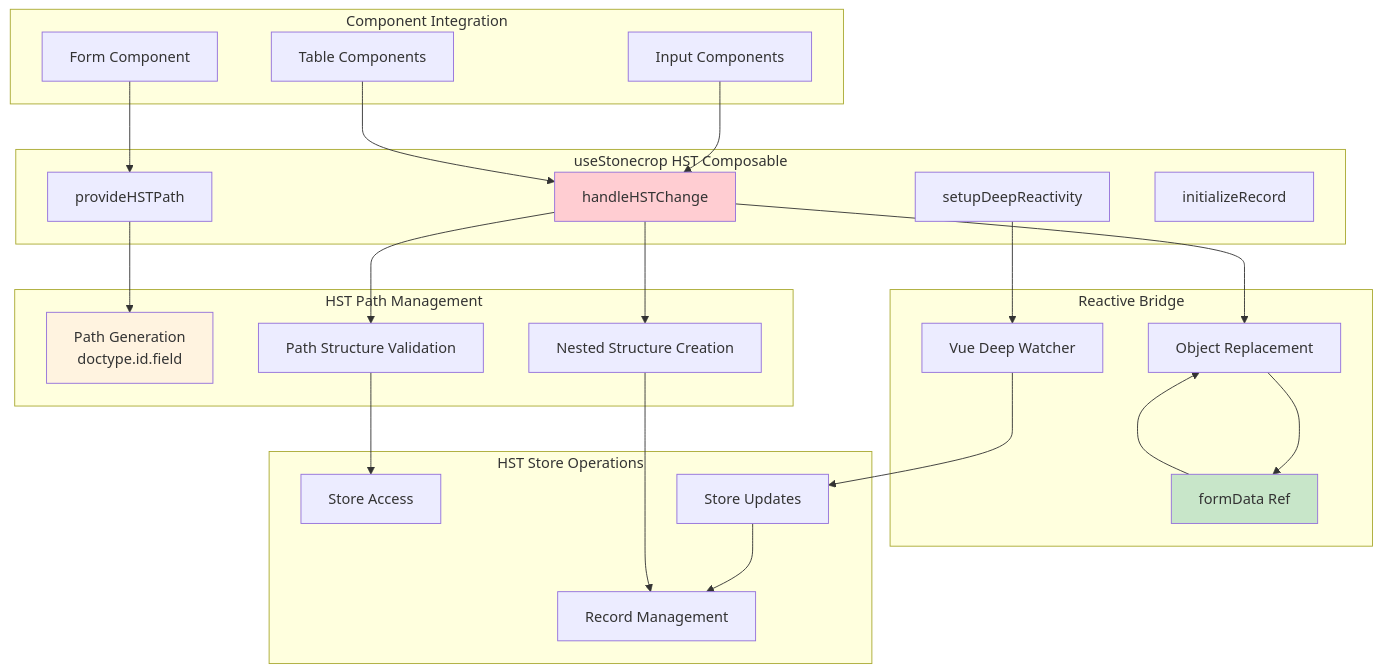
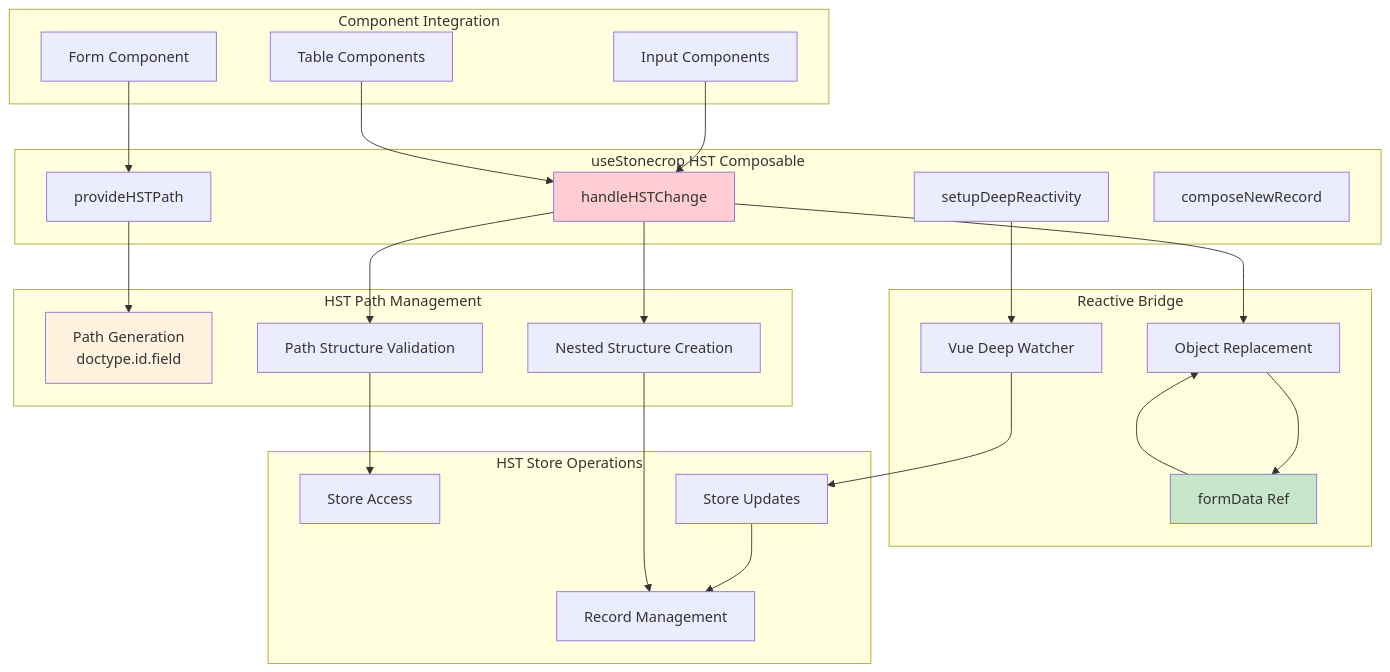
The second of 6 diagrams in stonecrop/docs/hst/architecture.md (agritheory/stonecrop), drawn with Mermaid before and after one commit. The commit also changed other lines of this file and 26 other files, not shown here.

````diff
--- a/stonecrop/docs/hst/architecture.md
+++ b/stonecrop/docs/hst/architecture.md
@@ -51,56 +51,56 @@
 ```mermaid
 graph TB
     subgraph "Component Integration"
         FC[Form Component]
         IC[Input Components]
         TC[Table Components]
     end
 
     subgraph "useStonecrop HST Composable"
         PHST[provideHSTPath]
         HHST[handleHSTChange]
         SDUP[setupDeepReactivity]
-        INR[initializeRecord]
+        CNR[composeNewRecord]
     end
 
     subgraph "HST Path Management"
         PG[Path Generation<br/>doctype.id.field]
         PS[Path Structure Validation]
         NS[Nested Structure Creation]
     end
 
     subgraph "Reactive Bridge"
         FDR[formData Ref]
         VW[Vue Deep Watcher]
         OR[Object Replacement]
     end
 
     subgraph "HST Store Operations"
         SA[Store Access]
         SU[Store Updates]
         REC[Record Management]
     end
 
     FC --> PHST
     IC --> HHST
     TC --> HHST
 
     PHST --> PG
     HHST --> PS
     HHST --> NS
     HHST --> OR
 
     SDUP --> VW
     VW --> SU
 
     FDR --> OR
     OR --> FDR
 
     PS --> SA
     SU --> REC
     NS --> REC
 
     style HHST fill:#ffcdd2
     style FDR fill:#c8e6c9
     style PG fill:#fff3e0
 ```
````
